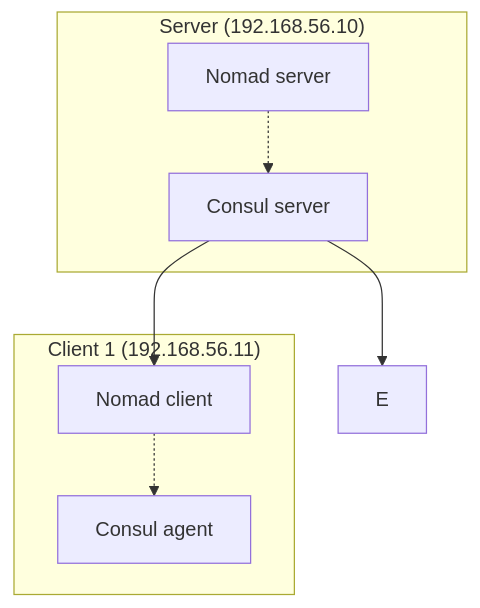
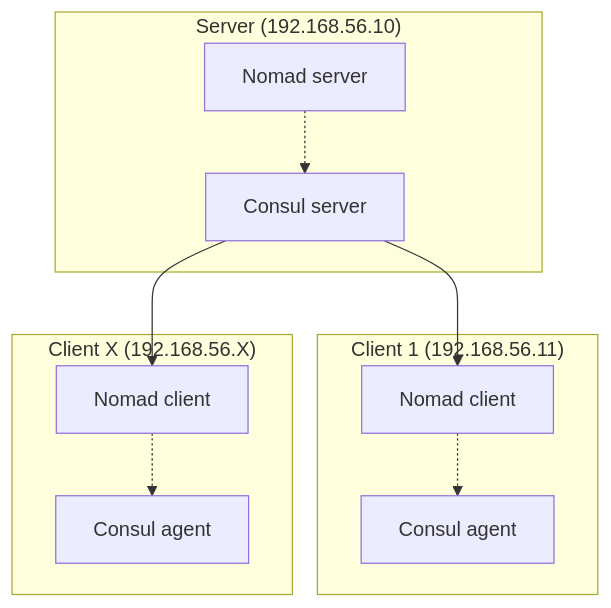
The diagram in README.md (Mati365/nomad-cheap-cluster), drawn with Mermaid before and after one commit.

Commit message:
update diagram

````diff
--- a/README.md
+++ b/README.md
@@ -29,15 +29,20 @@
 ```mermaid
 graph TD
     subgraph "Server (192.168.56.10)"
         A[Nomad server] -.-> B
         B[Consul server]
     end
 
     B --> C
     B --> E
 
     subgraph "Client 1 (192.168.56.11)"
         C[Nomad client] -.-> D
         D[Consul agent]
     end
+
+    subgraph "Client X (192.168.56.X)"
+        E[Nomad client] -.-> F
+        F[Consul agent]
+    end
 ```
````
